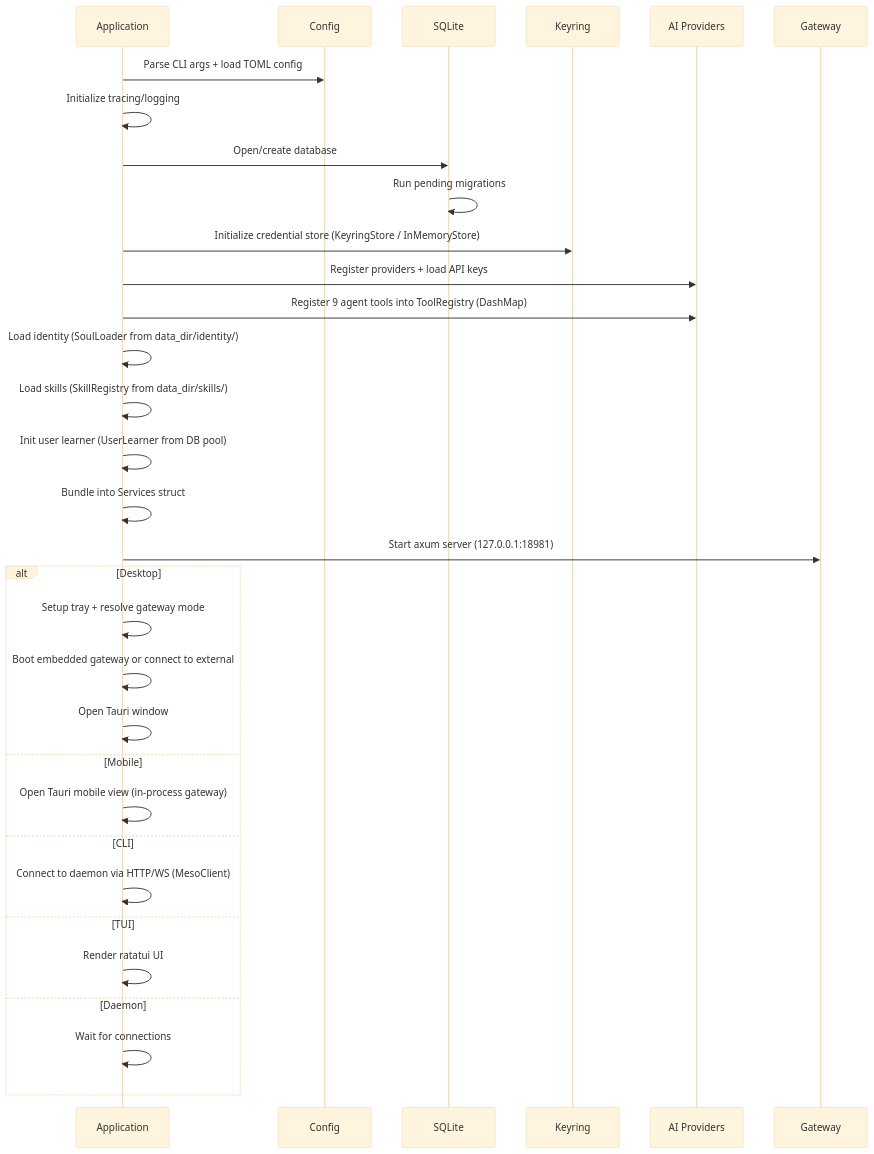
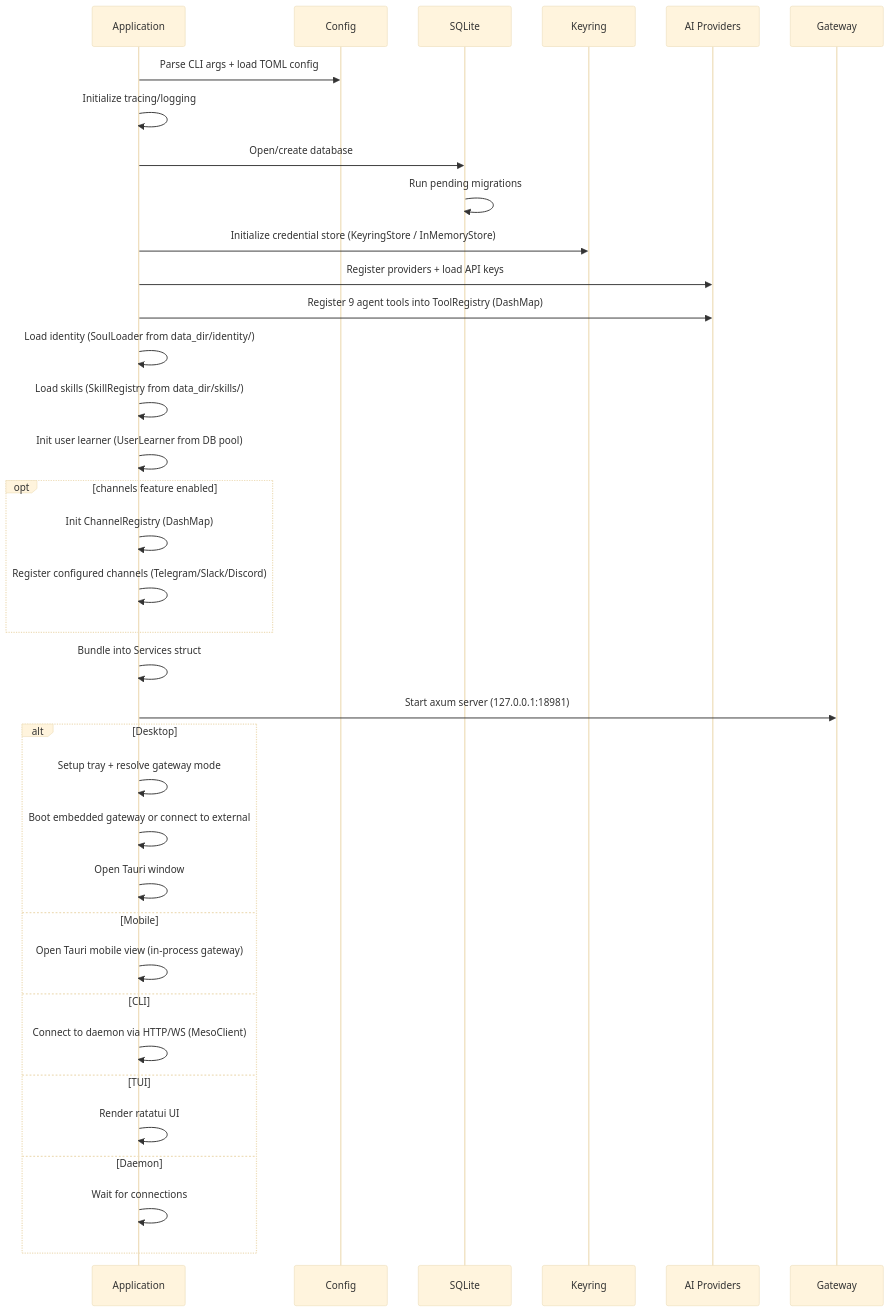
Before and after one commit to sprklai/mesoclaw: the second of 13 diagrams in docs/processes.md, drawn with Mermaid (base theme). The commit also changed other lines of this file and 56 other files, not shown here.

````diff
--- a/docs/processes.md
+++ b/docs/processes.md
@@ -54,36 +56,40 @@
 ```mermaid
 sequenceDiagram
     participant App as Application
     participant Cfg as Config
     participant DB as SQLite
     participant Cred as Keyring
     participant AI as AI Providers
     participant GW as Gateway
 
     App->>Cfg: Parse CLI args + load TOML config
     App->>App: Initialize tracing/logging
     App->>DB: Open/create database
     DB->>DB: Run pending migrations
     App->>Cred: Initialize credential store (KeyringStore / InMemoryStore)
     App->>AI: Register providers + load API keys
     App->>AI: Register 9 agent tools into ToolRegistry (DashMap)
     App->>App: Load identity (SoulLoader from data_dir/identity/)
     App->>App: Load skills (SkillRegistry from data_dir/skills/)
     App->>App: Init user learner (UserLearner from DB pool)
+    opt channels feature enabled
+        App->>App: Init ChannelRegistry (DashMap)
+        App->>App: Register configured channels (Telegram/Slack/Discord)
+    end
     App->>App: Bundle into Services struct
     App->>GW: Start axum server (127.0.0.1:18981)
 
     alt Desktop
         App->>App: Setup tray + resolve gateway mode
         App->>App: Boot embedded gateway or connect to external
         App->>App: Open Tauri window
     else Mobile
         App->>App: Open Tauri mobile view (in-process gateway)
     else CLI
         App->>App: Connect to daemon via HTTP/WS (MesoClient)
     else TUI
         App->>App: Render ratatui UI
     else Daemon
         App->>App: Wait for connections
     end
 ```
````
